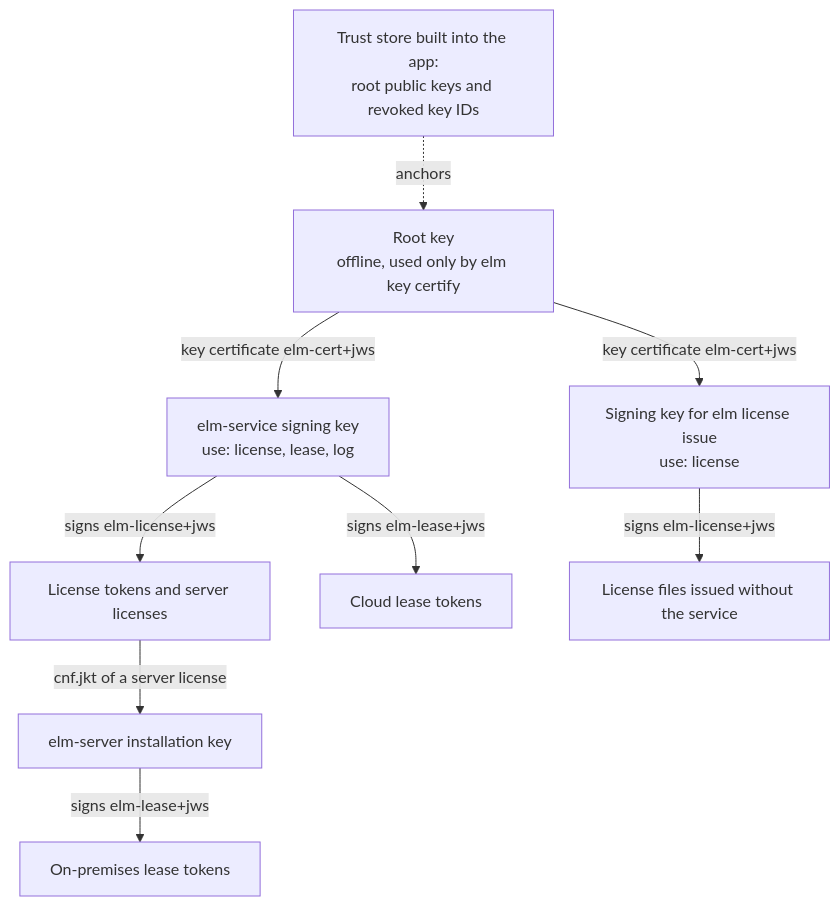
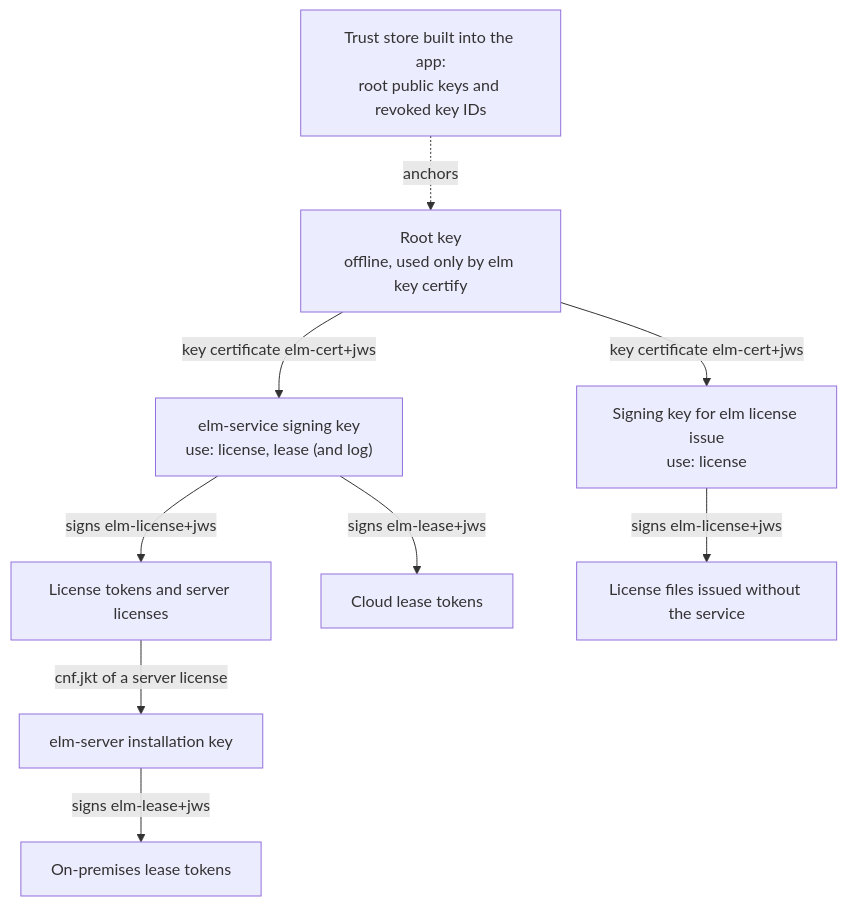
Before and after one commit to YUKIKEDA/ElasticLM: the diagram in docs/guide/explanation/trust-chain.md, drawn with Mermaid. The commit also changed other lines of this file and 17 other files, not shown here.

````diff
--- a/docs/guide/explanation/trust-chain.md
+++ b/docs/guide/explanation/trust-chain.md
@@ -88,21 +85,21 @@
 ```mermaid
 flowchart TD
     TS["Trust store built into the app:<br/>root public keys and revoked key IDs"]
     Root["Root key<br/>offline, used only by elm key certify"]
-    SvcKey["elm-service signing key<br/>use: license, lease, log"]
+    SvcKey["elm-service signing key<br/>use: license, lease (and log)"]
     CliKey["Signing key for elm license issue<br/>use: license"]
     Lic["License tokens and server licenses"]
     CliLic["License files issued without the service"]
     Cloud["Cloud lease tokens"]
     SrvKey["elm-server installation key"]
     OnPrem["On-premises lease tokens"]
 
     TS -. "anchors" .-> Root
     Root -->|"key certificate elm-cert+jws"| SvcKey
     Root -->|"key certificate elm-cert+jws"| CliKey
     SvcKey -->|"signs elm-license+jws"| Lic
     CliKey -->|"signs elm-license+jws"| CliLic
     SvcKey -->|"signs elm-lease+jws"| Cloud
     Lic -->|"cnf.jkt of a server license"| SrvKey
     SrvKey -->|"signs elm-lease+jws"| OnPrem
 ```
````
